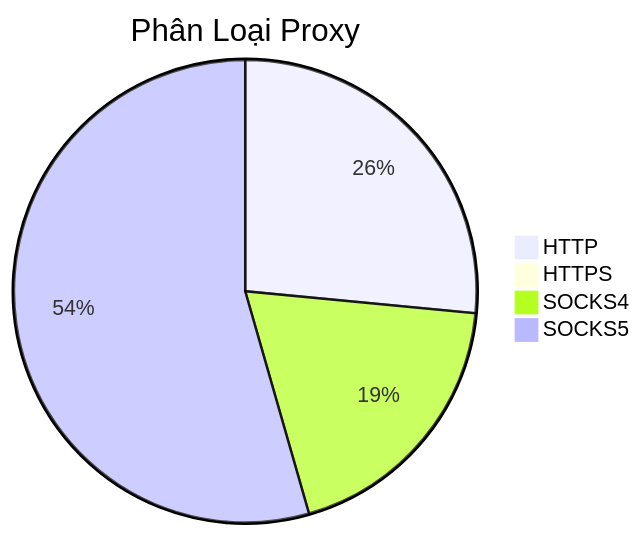
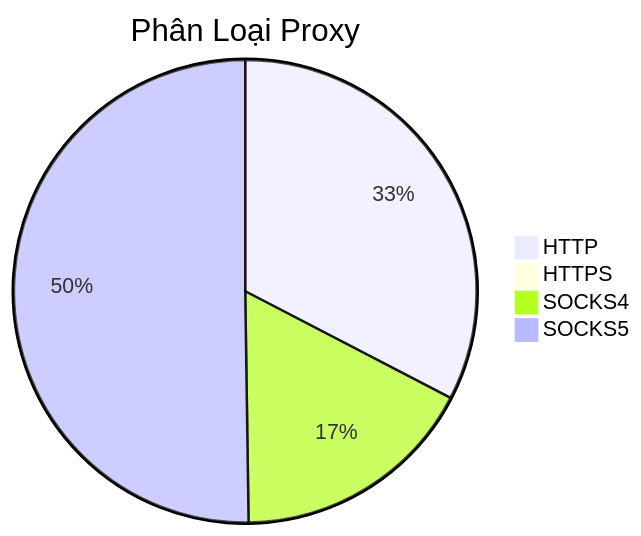
Before and after one commit to Ciara-Aa/PROXY-free: the diagram in README.md, drawn with Mermaid. The commit also changed other lines of this file and 4 other files, not shown here.

````diff
--- a/README.md
+++ b/README.md
@@ -26,7 +26,7 @@
 ```mermaid
 pie title Phân Loại Proxy
-    "HTTP" : 319
+    "HTTP" : 352
     "HTTPS" : 1
-    "SOCKS4" : 229
-    "SOCKS5" : 655
+    "SOCKS4" : 185
+    "SOCKS5" : 542
 ```
````
